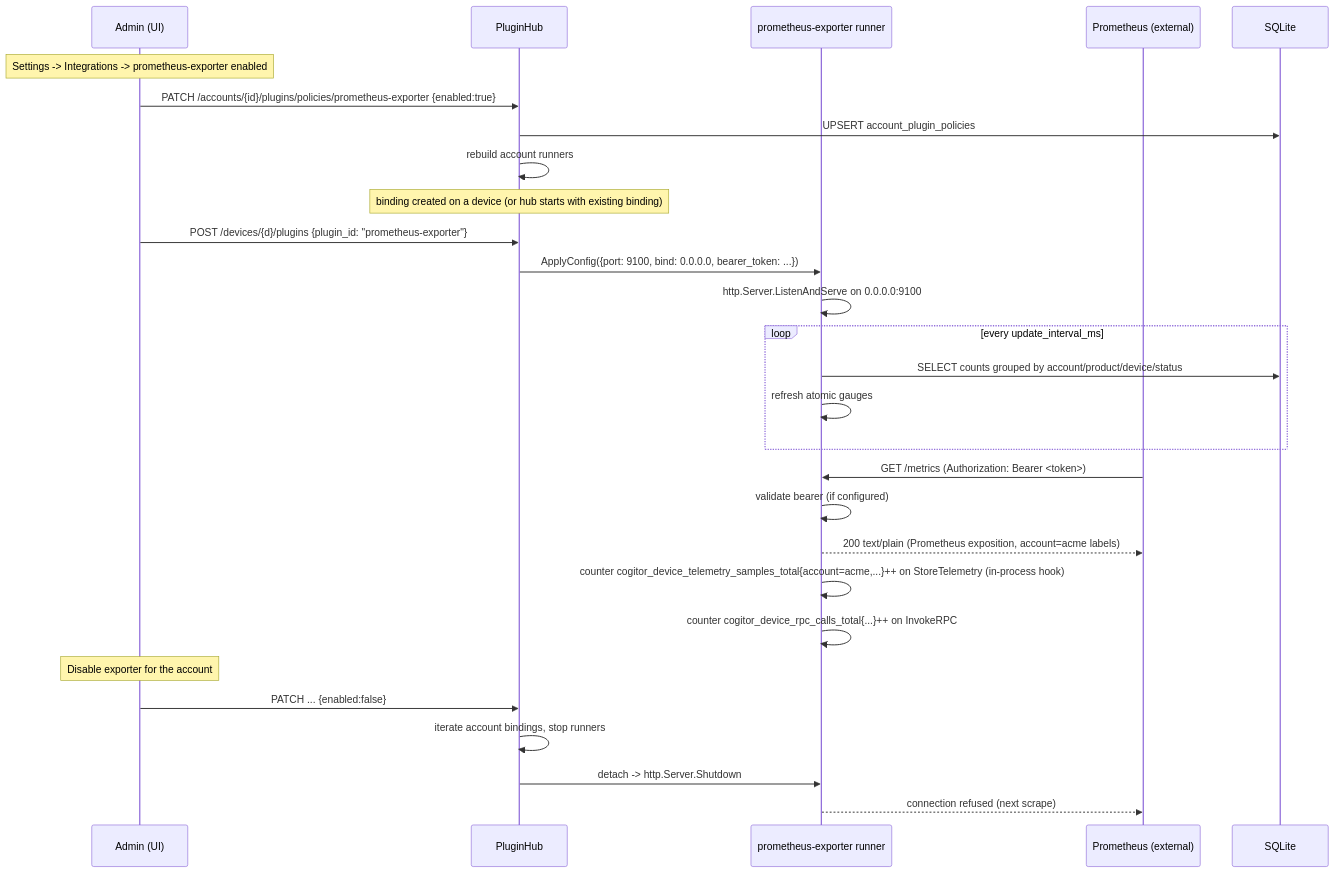
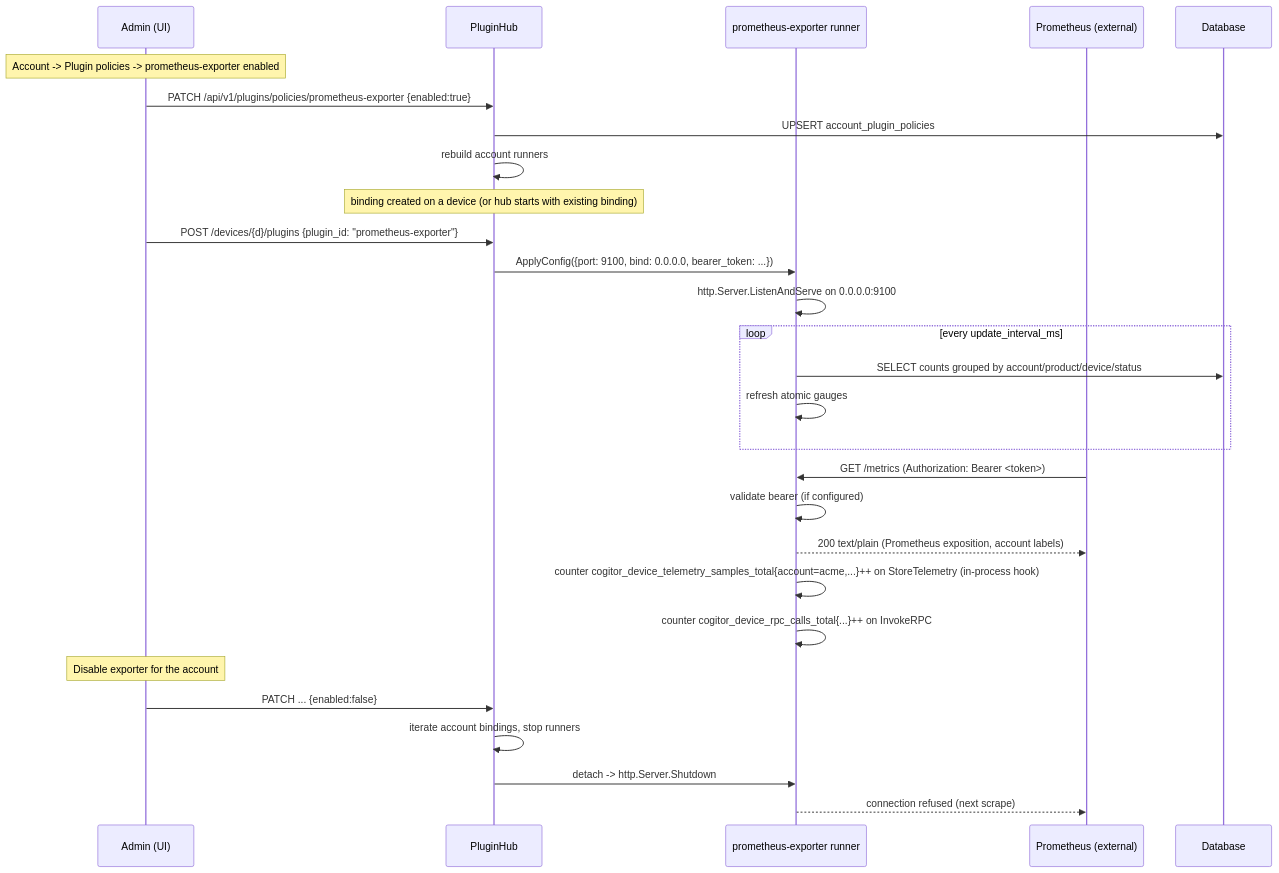
Diagram 13 of 14 in docs/en/14-diagrams.md (darvik80/iot-platform-go), drawn with Mermaid before and after one commit. The commit also changed other lines of this file and 81 other files, not shown here.

````diff
--- a/docs/en/14-diagrams.md
+++ b/docs/en/14-diagrams.md
@@ -565,35 +582,35 @@
 ```mermaid
 sequenceDiagram
     participant Adm as Admin (UI)
     participant H as PluginHub
     participant EX as prometheus-exporter runner
     participant Pr as Prometheus (external)
-    participant DB as SQLite
+    participant DB as Database
 
-    Note over Adm: Settings -> Integrations -> prometheus-exporter enabled
-    Adm->>H: PATCH /accounts/{id}/plugins/policies/prometheus-exporter {enabled:true}
+    Note over Adm: Account -> Plugin policies -> prometheus-exporter enabled
+    Adm->>H: PATCH /api/v1/plugins/policies/prometheus-exporter {enabled:true}
     H->>DB: UPSERT account_plugin_policies
     H->>H: rebuild account runners
 
     Note over H: binding created on a device (or hub starts with existing binding)
     Adm->>H: POST /devices/{d}/plugins {plugin_id: "prometheus-exporter"}
     H->>EX: ApplyConfig({port: 9100, bind: 0.0.0.0, bearer_token: ...})
     EX->>EX: http.Server.ListenAndServe on 0.0.0.0:9100
 
     loop every update_interval_ms
         EX->>DB: SELECT counts grouped by account/product/device/status
         EX->>EX: refresh atomic gauges
     end
 
     Pr->>EX: GET /metrics (Authorization: Bearer <token>)
     EX->>EX: validate bearer (if configured)
-    EX-->>Pr: 200 text/plain (Prometheus exposition, account=acme labels)
+    EX-->>Pr: 200 text/plain (Prometheus exposition, account labels)
     EX->>EX: counter cogitor_device_telemetry_samples_total{account=acme,...}++ on StoreTelemetry (in-process hook)
     EX->>EX: counter cogitor_device_rpc_calls_total{...}++ on InvokeRPC
 
     Note over Adm: Disable exporter for the account
     Adm->>H: PATCH ... {enabled:false}
     H->>H: iterate account bindings, stop runners
     H->>EX: detach -> http.Server.Shutdown
     EX-->>Pr: connection refused (next scrape)
 ```
````
